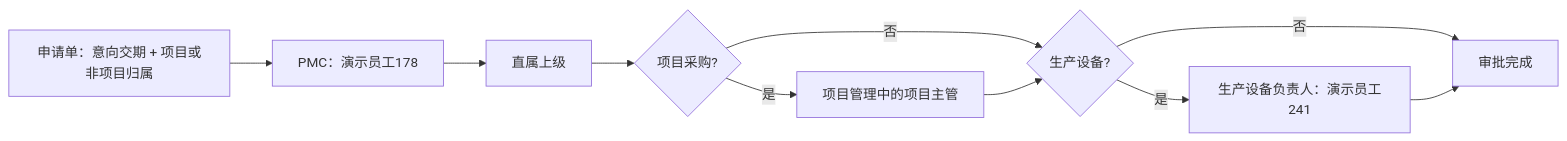
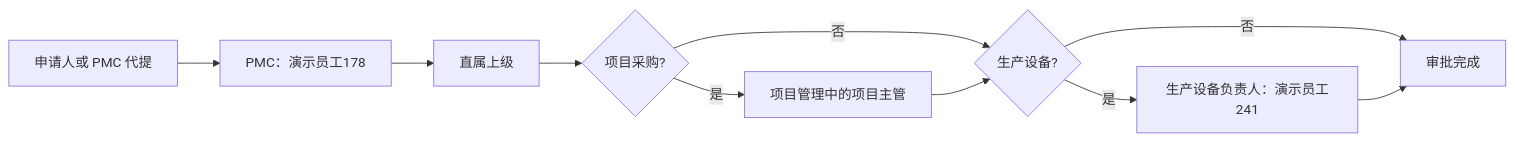
Before and after one commit to Meteor7/erp-oa-system: the first of 2 diagrams in docs/oa-procurement-e2e-evidence.md, drawn with Mermaid. The commit also changed other lines of this file and 82 other files, not shown here.

````diff
--- a/docs/oa-procurement-e2e-evidence.md
+++ b/docs/oa-procurement-e2e-evidence.md
@@ -15,12 +12,12 @@
 ```mermaid
 flowchart LR
-  A[申请单：意向交期 + 项目或非项目归属] --> B[PMC：演示员工178]
+  A[申请人或 PMC 代提] --> B[PMC：演示员工178]
   B --> C[直属上级]
   C --> D{项目采购?}
   D -- 是 --> E[项目管理中的项目主管]
   D -- 否 --> F{生产设备?}
   E --> F
   F -- 是 --> G[生产设备负责人：演示员工241]
   F -- 否 --> H[审批完成]
   G --> H
 ```
````
